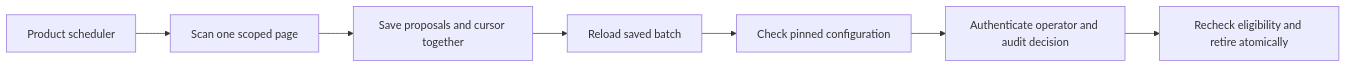
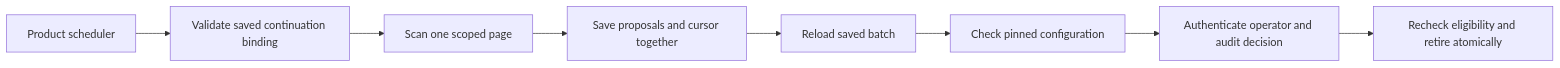
The diagram in docs/content/evidence/phase-3-retirement-scheduling.md (techsavvyash/heimdall), drawn with Mermaid before and after one commit. The commit also changed other lines of this file and 6 other files, not shown here.

````diff
--- a/docs/content/evidence/phase-3-retirement-scheduling.md
+++ b/docs/content/evidence/phase-3-retirement-scheduling.md
@@ -12,9 +12,10 @@
 ```mermaid
 flowchart LR
-  Job[Product scheduler] --> Scan[Scan one scoped page]
+  Job[Product scheduler] --> Resume[Validate saved continuation binding]
+  Resume --> Scan[Scan one scoped page]
   Scan --> Save[Save proposals and cursor together]
   Save --> Load[Reload saved batch]
   Load --> Check[Check pinned configuration]
   Check --> Authorize[Authenticate operator and audit decision]
   Authorize --> Retire[Recheck eligibility and retire atomically]
 ```
````
